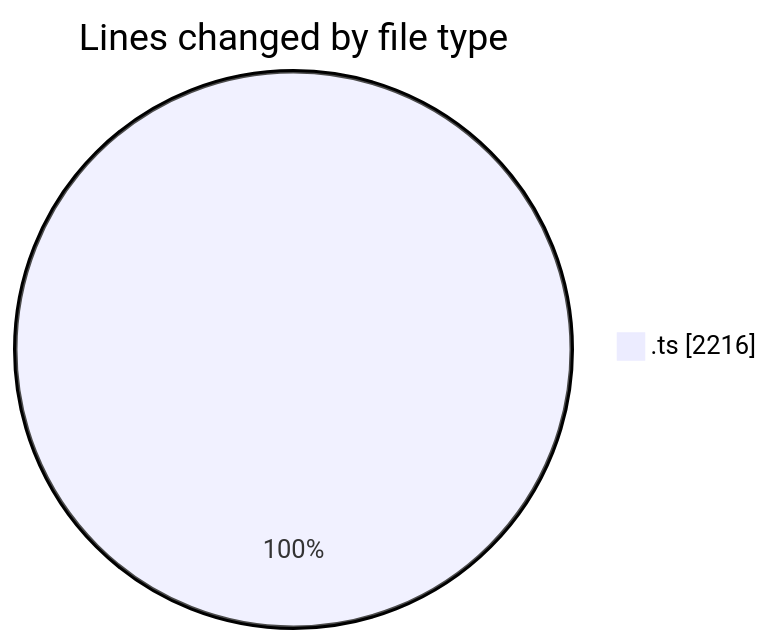
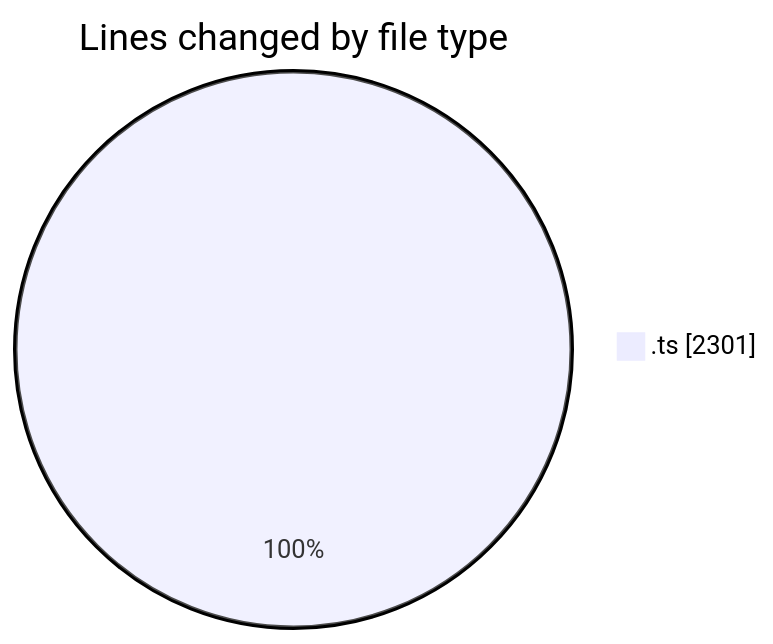
The first of 2 diagrams in 2025-10-23/cda/README.md (momahboobian/code-tracking), drawn with Mermaid before and after one commit. The commit also changed other lines of this file and 1 other file, not shown here.

````diff
--- a/2025-10-23/cda/README.md
+++ b/2025-10-23/cda/README.md
@@ -23,5 +23,5 @@
 ```mermaid
 pie showData
 title Lines changed by file type
-".ts" : 2216
+".ts" : 2301
 ```
````
